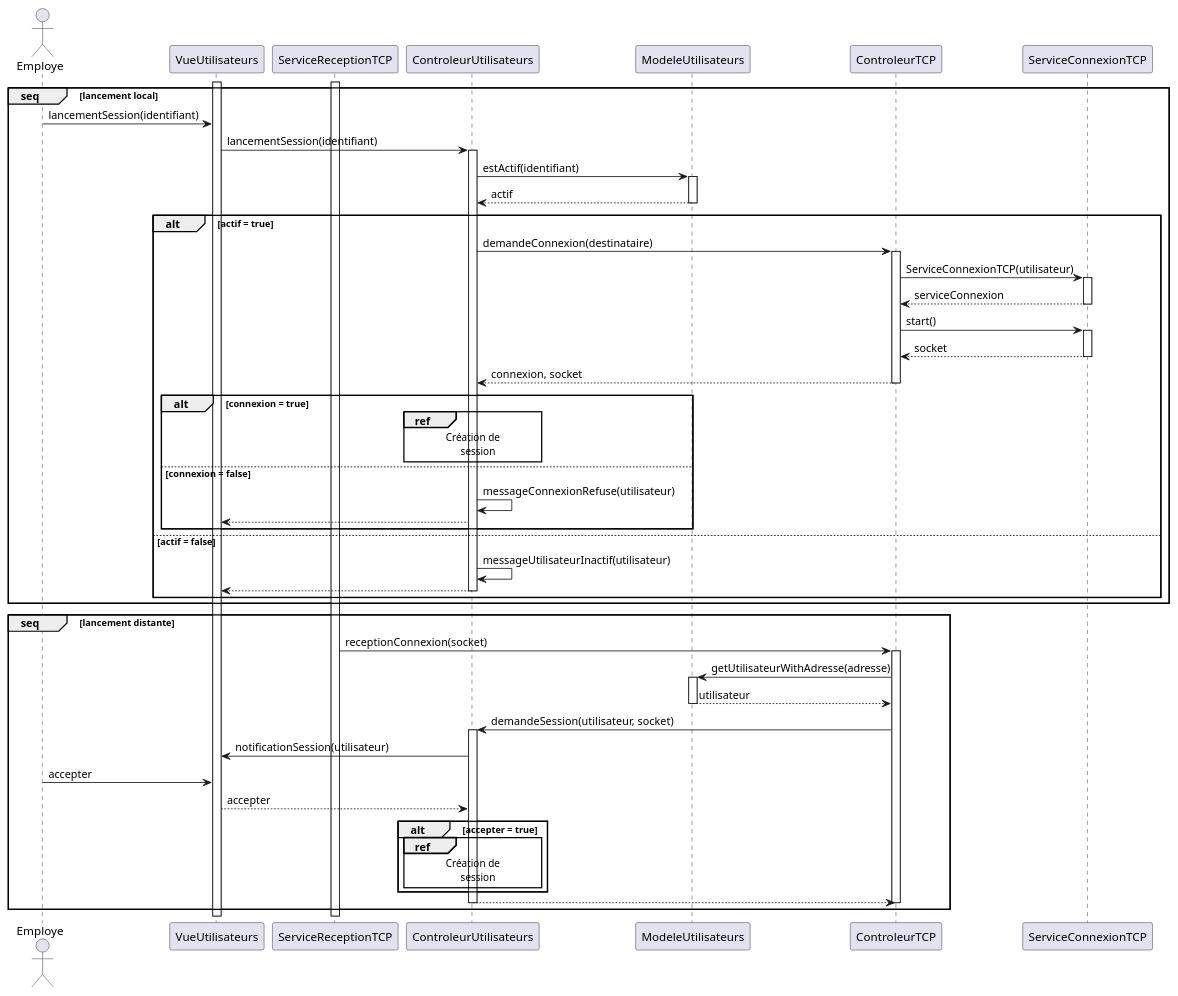
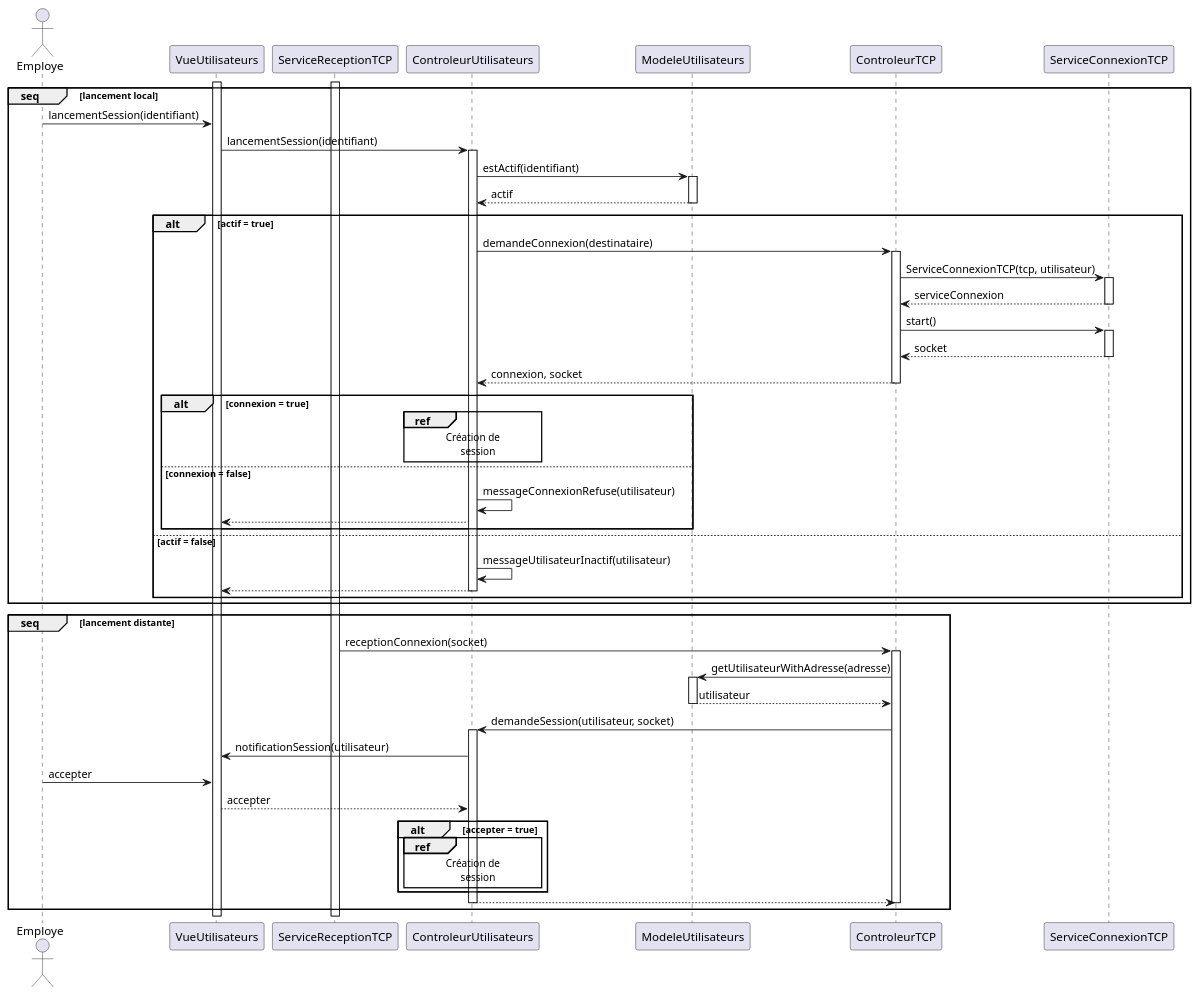
One commit to arc-hugo/clavardage_uml changed the diagram in sequence/lancement_session.wsd. Above: the diagram before and after it, drawn with PlantUML. The commit also changed 3 other files, not shown here.

```diff
--- a/sequence/lancement_session.wsd
+++ b/sequence/lancement_session.wsd
@@ -1,63 +1,63 @@
 @startuml lancement_session
 actor Employe
 activate VueUtilisateurs
 activate ServiceReceptionTCP
 group seq [lancement local]
     Employe -> VueUtilisateurs : lancementSession(identifiant)
     VueUtilisateurs -> ControleurUtilisateurs : lancementSession(identifiant)
     activate ControleurUtilisateurs
     ControleurUtilisateurs -> ModeleUtilisateurs : estActif(identifiant)
     activate ModeleUtilisateurs
     ModeleUtilisateurs --> ControleurUtilisateurs : actif
     deactivate ModeleUtilisateurs
     alt actif = true
         ControleurUtilisateurs -> ControleurTCP : demandeConnexion(destinataire)
         activate ControleurTCP
-        ControleurTCP -> ServiceConnexionTCP : ServiceConnexionTCP(utilisateur)
+        ControleurTCP -> ServiceConnexionTCP : ServiceConnexionTCP(tcp, utilisateur)
         activate ServiceConnexionTCP
         ServiceConnexionTCP --> ControleurTCP : serviceConnexion
         deactivate ServiceConnexionTCP
         ControleurTCP -> ServiceConnexionTCP : start()
         activate ServiceConnexionTCP
         ServiceConnexionTCP --> ControleurTCP : socket
         deactivate ServiceConnexionTCP
         ControleurTCP --> ControleurUtilisateurs : connexion, socket
         deactivate ControleurTCP
         alt connexion = true
             ref over ControleurUtilisateurs
                 Création de
                     session
             end ref
         else connexion = false
             ControleurUtilisateurs -> ControleurUtilisateurs : messageConnexionRefuse(utilisateur)
             ControleurUtilisateurs --> VueUtilisateurs
         end
     else actif = false
         ControleurUtilisateurs -> ControleurUtilisateurs : messageUtilisateurInactif(utilisateur)
         ControleurUtilisateurs --> VueUtilisateurs
         deactivate ControleurUtilisateurs
     end
 end
 group seq [lancement distante]
     ServiceReceptionTCP -> ControleurTCP : receptionConnexion(socket)
     activate ControleurTCP
     ControleurTCP -> ModeleUtilisateurs : getUtilisateurWithAdresse(adresse)
     activate ModeleUtilisateurs
     ModeleUtilisateurs --> ControleurTCP : utilisateur
     deactivate ModeleUtilisateurs
     ControleurTCP -> ControleurUtilisateurs : demandeSession(utilisateur, socket)
     activate ControleurUtilisateurs
     ControleurUtilisateurs -> VueUtilisateurs : notificationSession(utilisateur)
     Employe -> VueUtilisateurs : accepter
     VueUtilisateurs --> ControleurUtilisateurs : accepter
     alt accepter = true
         ref over ControleurUtilisateurs
             Création de
                 session
         end ref
     end
     ControleurUtilisateurs --> ControleurTCP
     deactivate ControleurUtilisateurs
     deactivate ControleurTCP
 end
 @enduml
```
